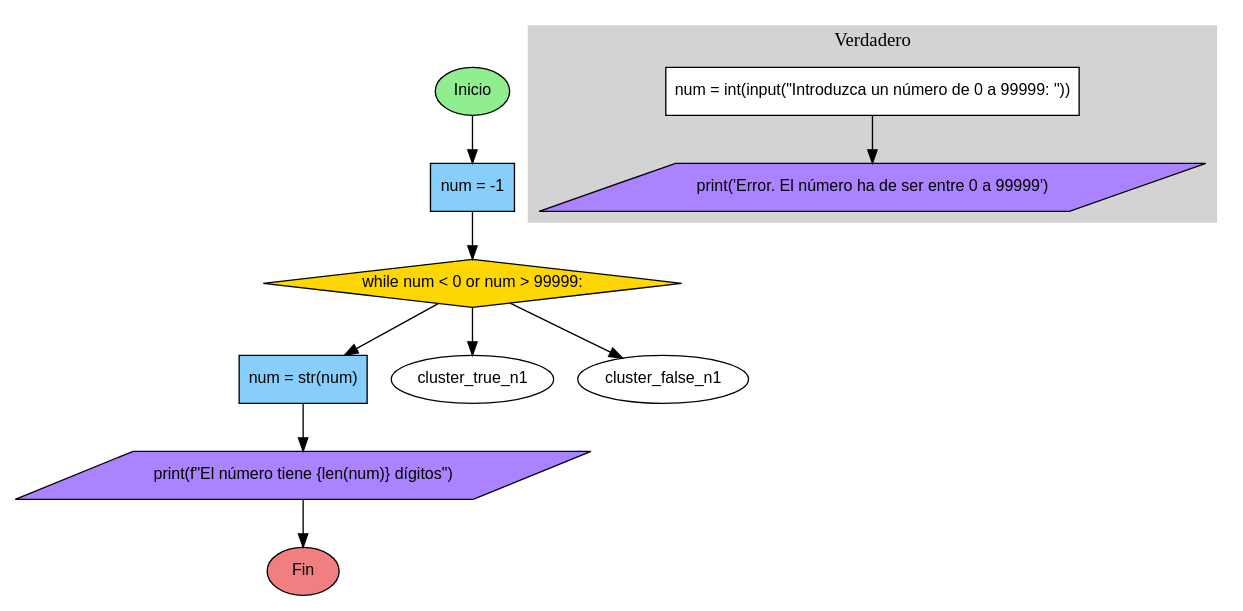
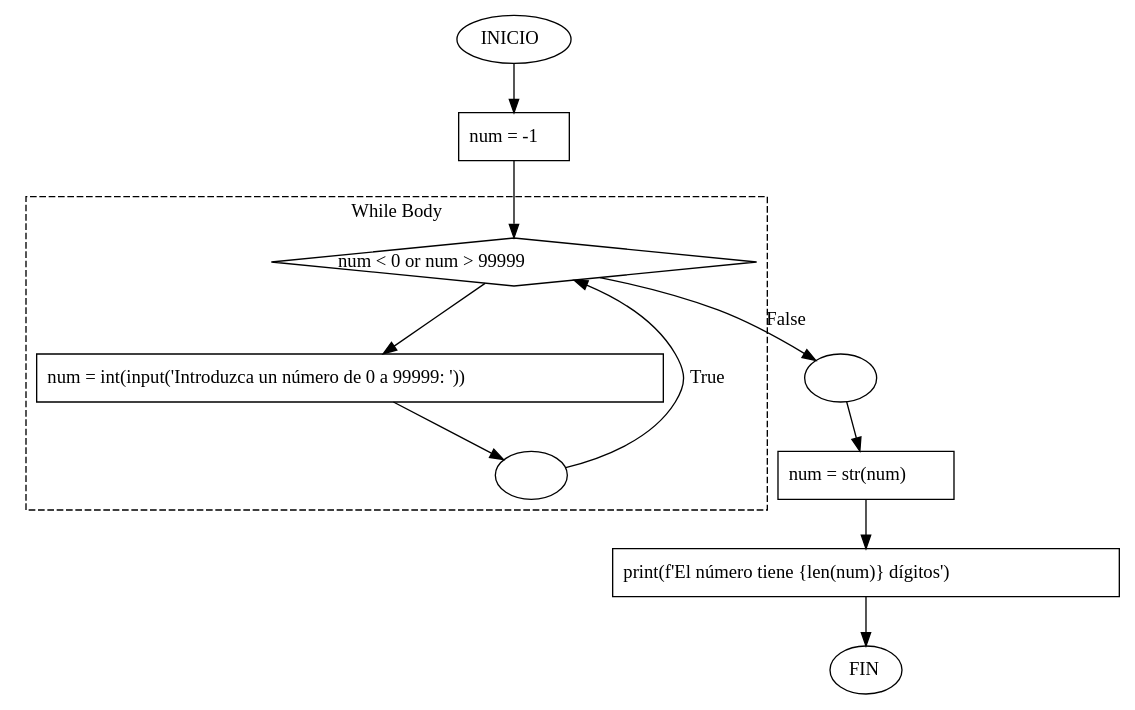
The diagram in ud-03-estructuras-control/e16.dot (pikatostes/optativa-python), drawn with Graphviz before and after one commit. The commit also changed 2 other files, not shown here.

Commit message:
Code to Diagram v2

```diff
--- a/ud-03-estructuras-control/e16.dot
+++ b/ud-03-estructuras-control/e16.dot
@@ -1,31 +1,27 @@
-digraph G {
+digraph flow {
   rankdir=TB;
-  node [fontname="Arial", fontsize=12];
+  node [shape=rectangle, fontname="Consolas"];
 
-  start [shape=ellipse, style=filled, fillcolor=lightgreen, label="Inicio"];
-  end [shape=ellipse, style=filled, fillcolor=lightcoral, label="Fin"];
-
-  n0 [shape=box, style=filled, fillcolor="lightskyblue", label="num = -1"];
-  n1 [shape=diamond, style=filled, fillcolor="gold", label="while num < 0 or num > 99999:"];
-  n2 [shape=box, style=filled, fillcolor="lightskyblue", label="num = str(num)"];
-  n3 [shape=parallelogram, style=filled, fillcolor="mediumpurple1", label="print(f\"El número tiene {len(num)} dígitos\")"];
-
-  subgraph cluster_true_n1 {
-    style=filled; color=lightgrey; label="Verdadero";
-    t2_1 [shape=box, style=filled, fillcolor="white", label="num = int(input(\"Introduzca un número de 0 a 99999: \"))"];
-    t2_3 [shape=parallelogram, style=filled, fillcolor="mediumpurple1", label="print('Error. El número ha de ser entre 0 a 99999')"];
-    t2_1 -> t2_3;
+  n1 [label="INICIO\l", shape=ellipse];
+  n2 [label="num = -1\l"];
+  n1 -> n2;
+  n3 [label="num < 0 or num > 99999\l", shape=diamond];
+  n2 -> n3;
+  n4 [label="\l", shape=ellipse];
+  subgraph cluster_5 {
+    style=dashed;
+    label="While Body";
+  n6 [label="num = int(input('Introduzca un número de 0 a 99999: '))\l"];
+  n3 -> n6;
+  n7 [label="\l", shape=ellipse];
+  n6 -> n7;
   }
-
-  subgraph cluster_false_n1 {
-    style=filled; color=lightblue; label="Falso";
-  }
-
-  start -> n0;
-  n0 -> n1;
-  n1 -> cluster_true_n1 [lhead=cluster_true_n1];
-  n1 -> cluster_false_n1 [lhead=cluster_false_n1];
-  n1 -> n2;
-  n2 -> n3;
-  n3 -> end;
+  n7 -> n3 [label="True"];
+  n3 -> n4 [label="False"];
+  n8 [label="num = str(num)\l"];
+  n4 -> n8;
+  n9 [label="print(f'El número tiene {len(num)} dígitos')\l"];
+  n8 -> n9;
+  n10 [label="FIN\l", shape=ellipse];
+  n9 -> n10;
 }
```
